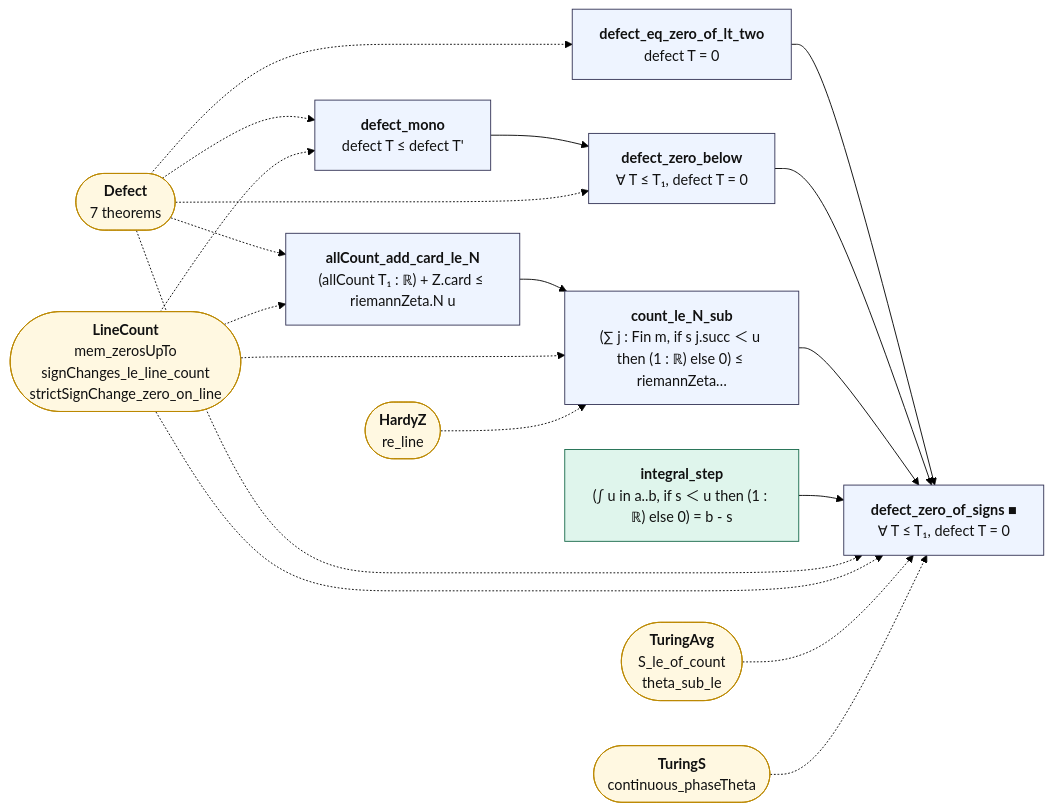
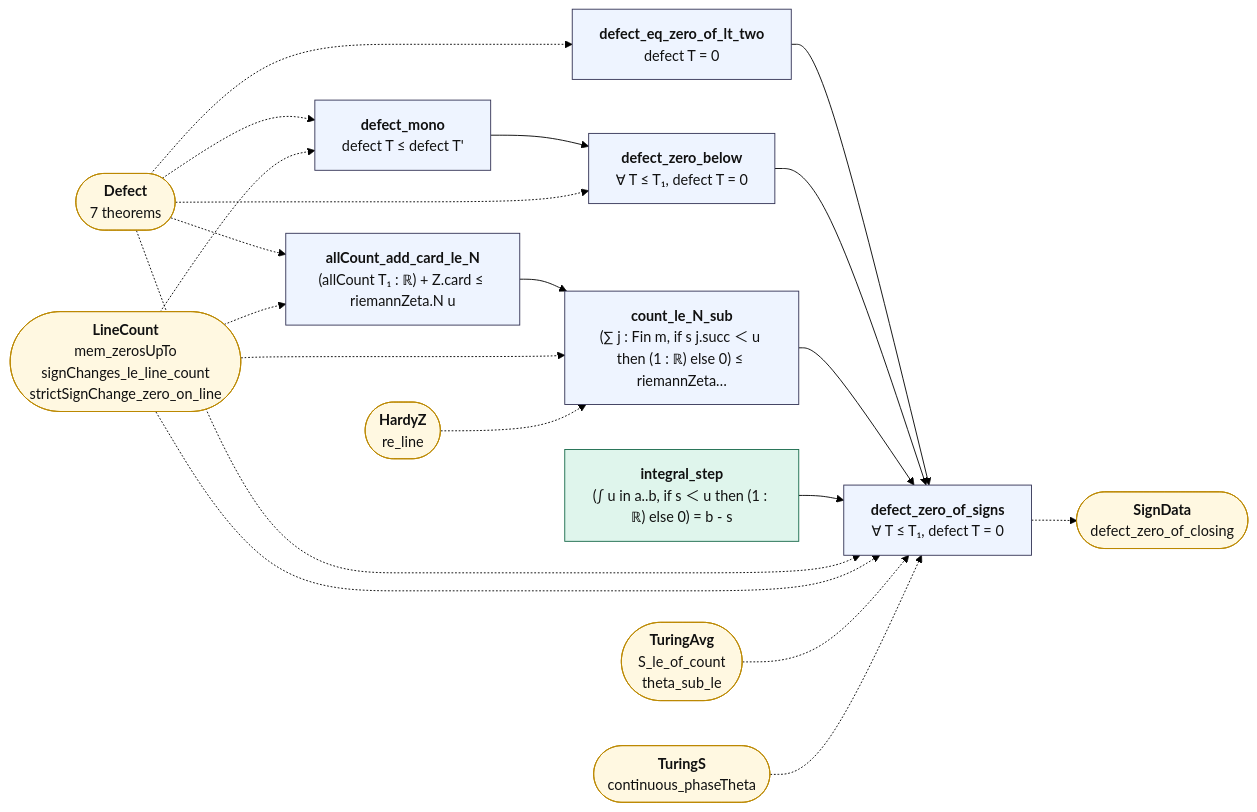
Before and after one commit to juliansambranojr/Primebeat_081426: the diagram in map/lean_stage3/TuringCert.md, drawn with Mermaid (forest theme). The commit also changed other lines of this file and 180 other files, not shown here.

````diff
--- a/map/lean_stage3/TuringCert.md
+++ b/map/lean_stage3/TuringCert.md
@@ -14,41 +14,43 @@
 ```mermaid
 flowchart LR
   n0["<b>defect_mono</b><br/>defect T ≤ defect T'"]:::thm
   n1["<b>defect_eq_zero_of_lt_two</b><br/>defect T = 0"]:::thm
   n2["<b>defect_zero_below</b><br/>∀ T ≤ T₁, defect T = 0"]:::thm
   n3["<b>allCount_add_card_le_N</b><br/>(allCount T₁ : ℝ) + Z.card ≤ riemannZeta.N u"]:::thm
   n4["<b>count_le_N_sub</b><br/>(∑ j : Fin m, if s j.succ ＜ u then (1 : ℝ) else 0) ≤ riemannZeta…"]:::thm
   n5["<b>integral_step</b><br/>(∫ u in a..b, if s ＜ u then (1 : ℝ) else 0) = b - s"]:::cnt
-  n6["<b>defect_zero_of_signs ■</b><br/>∀ T ≤ T₁, defect T = 0"]:::thm
+  n6["<b>defect_zero_of_signs</b><br/>∀ T ≤ T₁, defect T = 0"]:::thm
   x0(["<b>Defect</b><br/>7 theorems"]):::ext
   x1(["<b>LineCount</b><br/>mem_zerosUpTo<br/>signChanges_le_line_count<br/>strictSignChange_zero_on_line"]):::ext
   x2(["<b>HardyZ</b><br/>re_line"]):::ext
   x3(["<b>TuringAvg</b><br/>S_le_of_count<br/>theta_sub_le"]):::ext
   x4(["<b>TuringS</b><br/>continuous_phaseTheta"]):::ext
+  x5(["<b>SignData</b><br/>defect_zero_of_closing"]):::ext
   n0 --> n2
   n1 --> n6
   n2 --> n6
   n3 --> n4
   n4 --> n6
   n5 --> n6
+  n6 -.-> x5
   x0 -.-> n0
   x0 -.-> n1
   x0 -.-> n2
   x0 -.-> n3
   x0 -.-> n6
   x1 -.-> n0
   x1 -.-> n3
   x1 -.-> n4
   x1 -.-> n6
   x2 -.-> n4
   x3 -.-> n6
   x4 -.-> n6
   classDef cnt fill:#dff5ec,stroke:#17694a,color:#111
   classDef shp fill:#f1ecfb,stroke:#5b3fa0,color:#111
   classDef rh fill:#ffe5e5,stroke:#c22,color:#111,stroke-width:2px
   classDef thm fill:#eef4ff,stroke:#335,color:#111
   classDef end_ fill:#e7f7e7,stroke:#2a7,color:#111,stroke-width:2px
   classDef lone fill:#fff,stroke:#999,color:#111,stroke-dasharray:4 3
   classDef bad fill:#ffe5e5,stroke:#c22,color:#111,stroke-width:2px
   classDef ext fill:#fff8e1,stroke:#b80,color:#111
 ```
````
